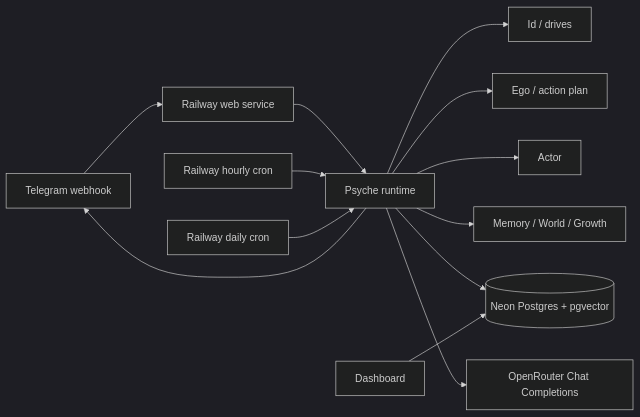
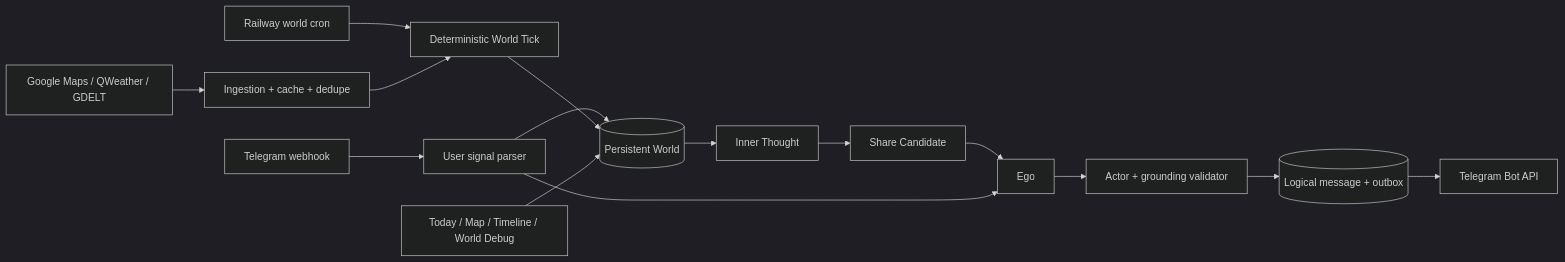
One commit to AetherAllan/Mira changed the diagram in README.md. Above: the diagram before and after it, drawn with Mermaid (dark theme). The commit also changed other lines of this file and 1 other file, not shown here.

Commit message:
docs: update architecture and Railway guide

````diff
--- a/README.md
+++ b/README.md
@@ -9,15 +9,17 @@
 ```mermaid
 flowchart LR
-  TG[Telegram webhook] --> WEB[Railway web service]
-  WEB --> RT[Psyche runtime]
-  HOURLY[Railway hourly cron] --> RT
-  DAILY[Railway daily cron] --> RT
-  RT --> ID[Id / drives]
-  RT --> EGO[Ego / action plan]
-  RT --> ACTOR[Actor]
-  RT --> MEM[Memory / World / Growth]
-  RT --> DB[(Neon Postgres + pgvector)]
-  RT --> LLM[OpenRouter Chat Completions]
-  RT --> TG
-  DASH[Dashboard] --> DB
+  EXT[Google Maps / QWeather / GDELT] --> ING[Ingestion + cache + dedupe]
+  TG[Telegram webhook] --> INPUT[User signal parser]
+  CRON[Railway world cron] --> TICK[Deterministic World Tick]
+  ING --> TICK
+  INPUT --> WORLD[(Persistent World)]
+  TICK --> WORLD
+  WORLD --> THOUGHT[Inner Thought]
+  THOUGHT --> SHARE[Share Candidate]
+  SHARE --> EGO[Ego]
+  INPUT --> EGO
+  EGO --> ACTOR[Actor + grounding validator]
+  ACTOR --> OUTBOX[(Logical message + outbox)]
+  OUTBOX --> TGAPI[Telegram Bot API]
+  DASH[Today / Map / Timeline / World Debug] --> WORLD
 ```
````
